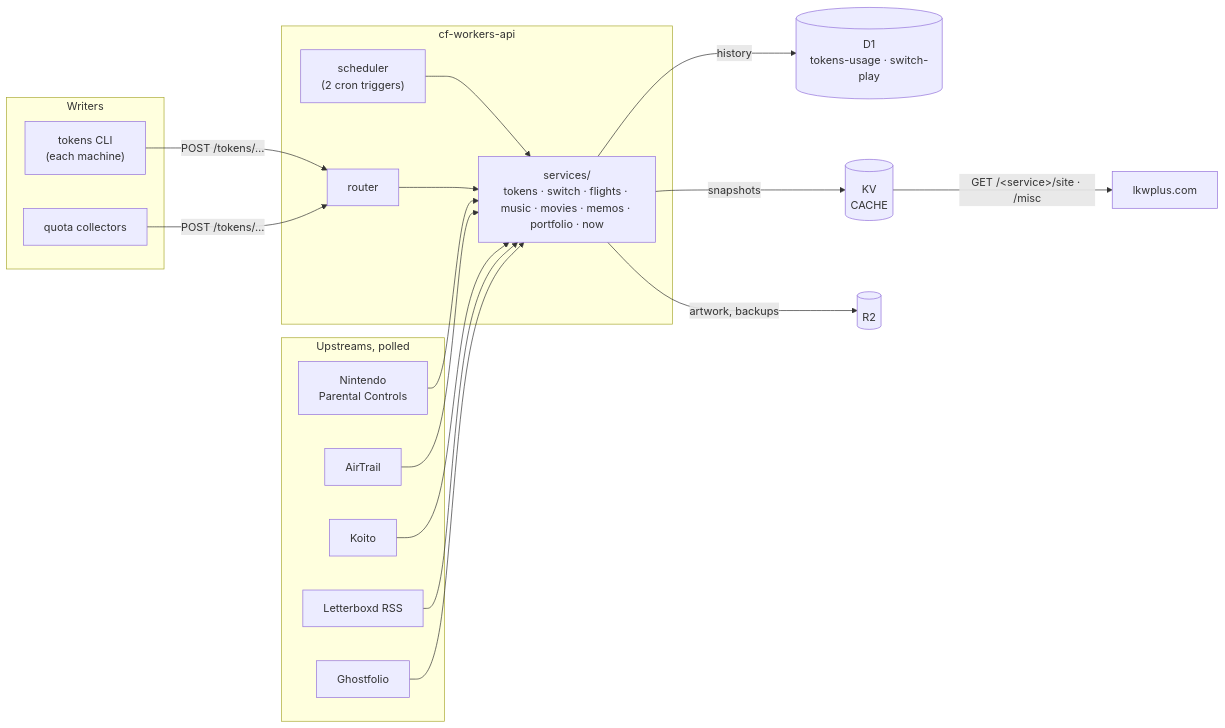
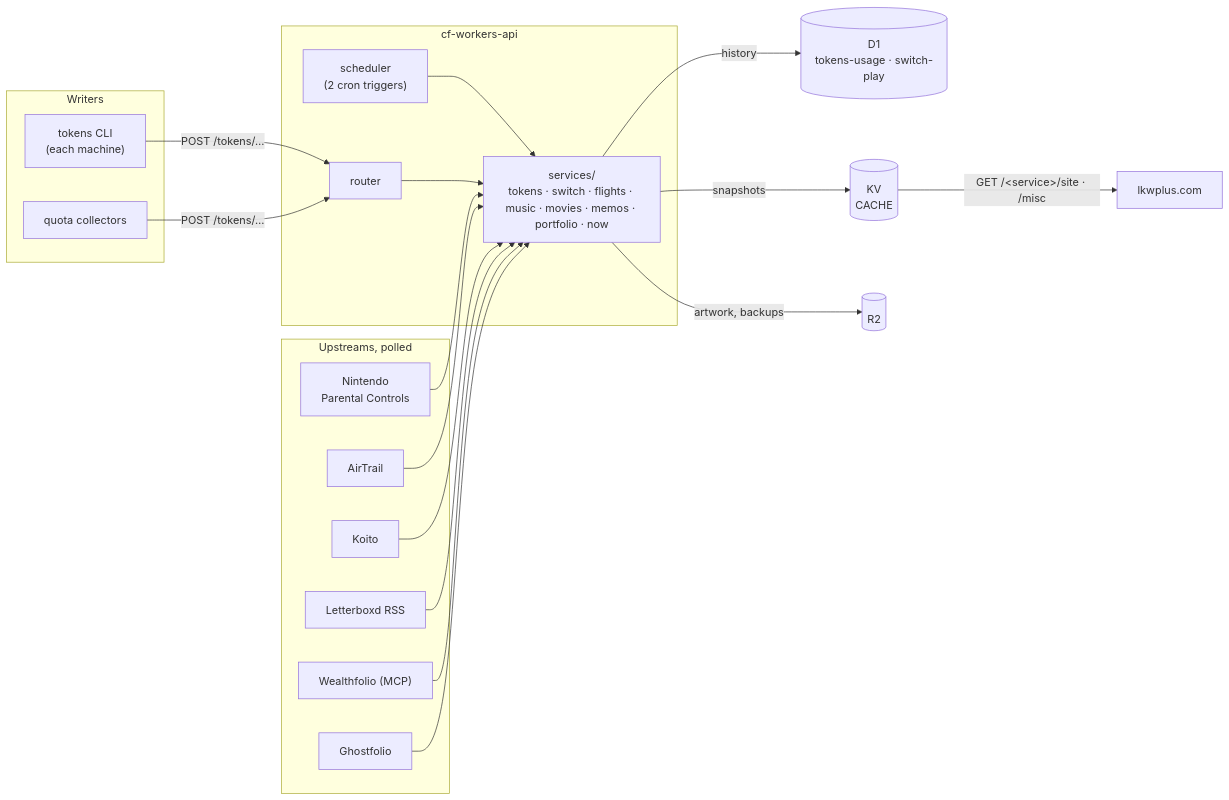
Before and after one commit to synthpop123/cf-workers-api: the diagram in README.md, drawn with Mermaid. The commit also changed other lines of this file and 14 other files, not shown here.

````diff
--- a/README.md
+++ b/README.md
@@ -10,27 +10,28 @@
 ```mermaid
 flowchart LR
   subgraph writers[Writers]
     CLI["tokens CLI<br/>(each machine)"]
     Collectors["quota collectors"]
   end
   subgraph upstreams[Upstreams, polled]
     Nintendo["Nintendo<br/>Parental Controls"]
     AirTrail["AirTrail"]
     Koito["Koito"]
     Letterboxd["Letterboxd RSS"]
+    Wealthfolio["Wealthfolio (MCP)"]
     Ghostfolio["Ghostfolio"]
   end
   subgraph worker[cf-workers-api]
     Router["router"]
     Scheduler["scheduler<br/>(2 cron triggers)"]
     Services["services/<br/>tokens · switch · flights · music · movies · memos · portfolio · now"]
   end
   CLI & Collectors -->|POST /tokens/…| Router
   Scheduler --> Services
   Router --> Services
   Services -->|history| D1[("D1<br/>tokens-usage · switch-play")]
   Services -->|snapshots| KV[("KV<br/>CACHE")]
   Services -->|artwork, backups| R2[("R2")]
-  Nintendo & AirTrail & Koito & Letterboxd & Ghostfolio --> Services
+  Nintendo & AirTrail & Koito & Letterboxd & Wealthfolio & Ghostfolio --> Services
   KV -->|"GET /&lt;service&gt;/site · /misc"| Site["lkwplus.com"]
 ```
````
